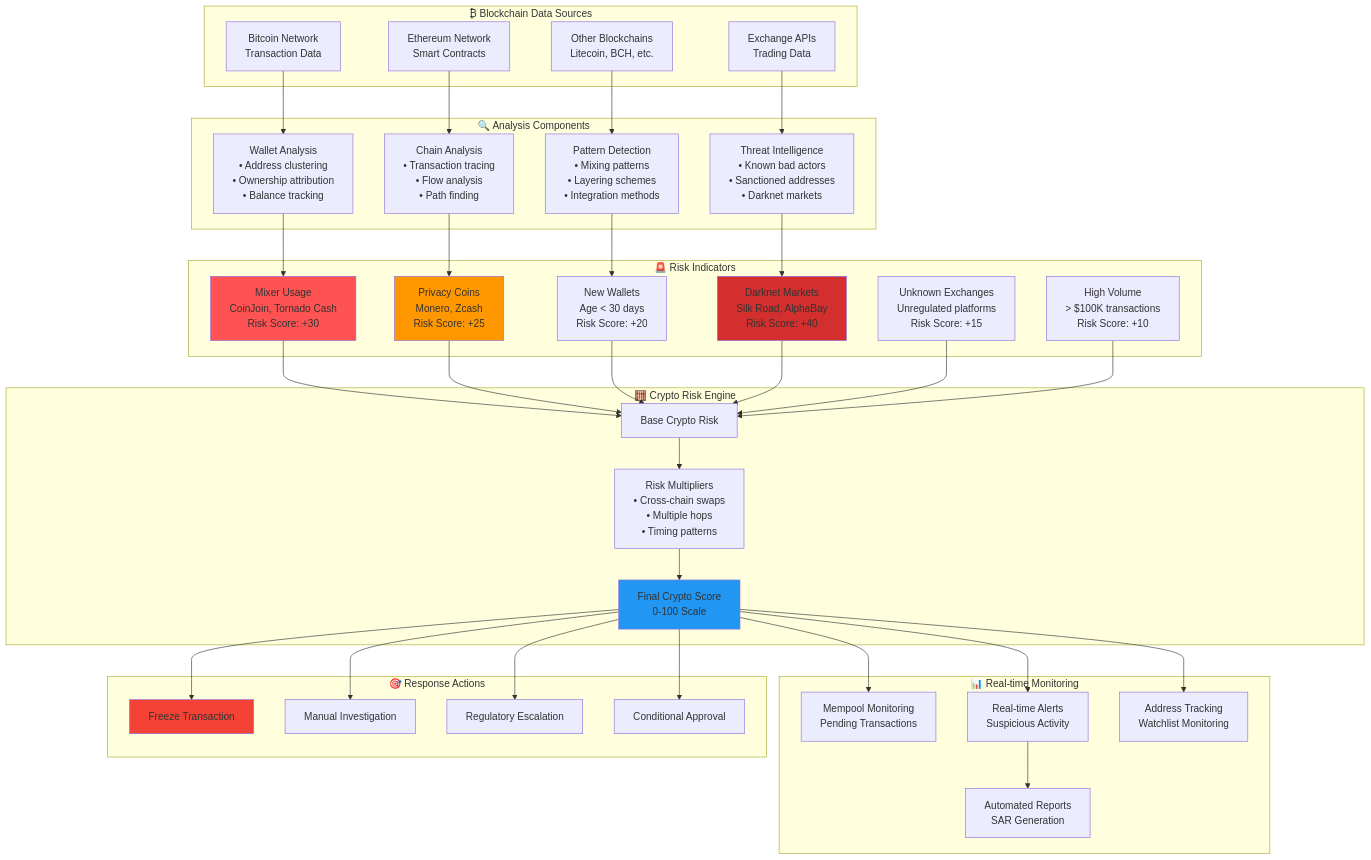
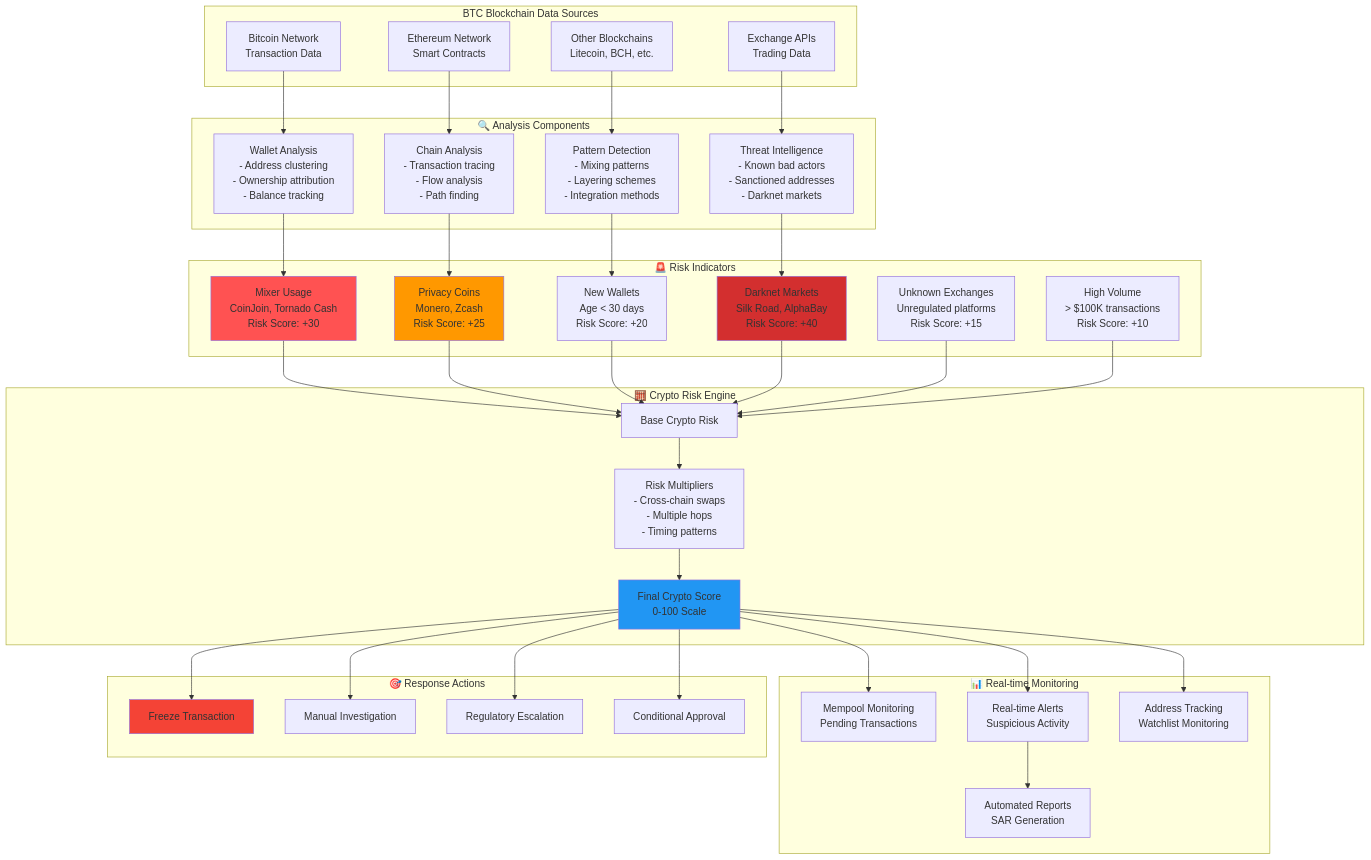
The fourth of 11 diagrams in README.md (gregorizeidler-cw/LavandowskI-Chatbot), drawn with Mermaid before and after one commit. The commit also changed other lines of this file, not shown here.

````diff
--- a/README.md
+++ b/README.md
@@ -528,81 +528,81 @@
 ```mermaid
 graph TB
-    subgraph "₿ Blockchain Data Sources"
+    subgraph "BTC Blockchain Data Sources"
         BITCOIN[Bitcoin Network<br/>Transaction Data]
         ETHEREUM[Ethereum Network<br/>Smart Contracts]
         ALTCOINS[Other Blockchains<br/>Litecoin, BCH, etc.]
         EXCHANGES[Exchange APIs<br/>Trading Data]
     end
     
     subgraph "🔍 Analysis Components"
-        WALLET[Wallet Analysis<br/>• Address clustering<br/>• Ownership attribution<br/>• Balance tracking]
-        CHAIN[Chain Analysis<br/>• Transaction tracing<br/>• Flow analysis<br/>• Path finding]
-        PATTERN[Pattern Detection<br/>• Mixing patterns<br/>• Layering schemes<br/>• Integration methods]
-        INTEL[Threat Intelligence<br/>• Known bad actors<br/>• Sanctioned addresses<br/>• Darknet markets]
+        WALLET[Wallet Analysis<br/>- Address clustering<br/>- Ownership attribution<br/>- Balance tracking]
+        CHAIN[Chain Analysis<br/>- Transaction tracing<br/>- Flow analysis<br/>- Path finding]
+        PATTERN[Pattern Detection<br/>- Mixing patterns<br/>- Layering schemes<br/>- Integration methods]
+        INTEL[Threat Intelligence<br/>- Known bad actors<br/>- Sanctioned addresses<br/>- Darknet markets]
     end
     
     subgraph "🚨 Risk Indicators"
         MIXER[Mixer Usage<br/>CoinJoin, Tornado Cash<br/>Risk Score: +30]
         PRIVACY[Privacy Coins<br/>Monero, Zcash<br/>Risk Score: +25]
         NEW_WALLET[New Wallets<br/>Age < 30 days<br/>Risk Score: +20]
         DARKNET[Darknet Markets<br/>Silk Road, AlphaBay<br/>Risk Score: +40]
         EXCHANGE[Unknown Exchanges<br/>Unregulated platforms<br/>Risk Score: +15]
         VOLUME[High Volume<br/>> $100K transactions<br/>Risk Score: +10]
     end
     
     subgraph "🧮 Crypto Risk Engine"
         BASE_RISK[Base Crypto Risk]
-        MULTIPLIERS[Risk Multipliers<br/>• Cross-chain swaps<br/>• Multiple hops<br/>• Timing patterns]
+        MULTIPLIERS[Risk Multipliers<br/>- Cross-chain swaps<br/>- Multiple hops<br/>- Timing patterns]
         FINAL_SCORE[Final Crypto Score<br/>0-100 Scale]
     end
     
     subgraph "📊 Real-time Monitoring"
         MEMPOOL[Mempool Monitoring<br/>Pending Transactions]
         ALERTS[Real-time Alerts<br/>Suspicious Activity]
         TRACKING[Address Tracking<br/>Watchlist Monitoring]
         REPORTS[Automated Reports<br/>SAR Generation]
     end
     
     subgraph "🎯 Response Actions"
         FREEZE[Freeze Transaction]
         INVESTIGATE[Manual Investigation]
         ESCALATE[Regulatory Escalation]
         APPROVE[Conditional Approval]
     end
     
     BITCOIN --> WALLET
     ETHEREUM --> CHAIN
     ALTCOINS --> PATTERN
     EXCHANGES --> INTEL
     
     WALLET --> MIXER
     CHAIN --> PRIVACY
     PATTERN --> NEW_WALLET
     INTEL --> DARKNET
     
     MIXER --> BASE_RISK
     PRIVACY --> BASE_RISK
     NEW_WALLET --> BASE_RISK
     DARKNET --> BASE_RISK
     EXCHANGE --> BASE_RISK
     VOLUME --> BASE_RISK
     
     BASE_RISK --> MULTIPLIERS
     MULTIPLIERS --> FINAL_SCORE
     
     FINAL_SCORE --> MEMPOOL
     FINAL_SCORE --> ALERTS
     FINAL_SCORE --> TRACKING
     ALERTS --> REPORTS
     
     FINAL_SCORE --> FREEZE
     FINAL_SCORE --> INVESTIGATE
     FINAL_SCORE --> ESCALATE
     FINAL_SCORE --> APPROVE
     
     style MIXER fill:#ff5252
     style DARKNET fill:#d32f2f
     style PRIVACY fill:#ff9800
     style FREEZE fill:#f44336
     style FINAL_SCORE fill:#2196f3
 ```
````
